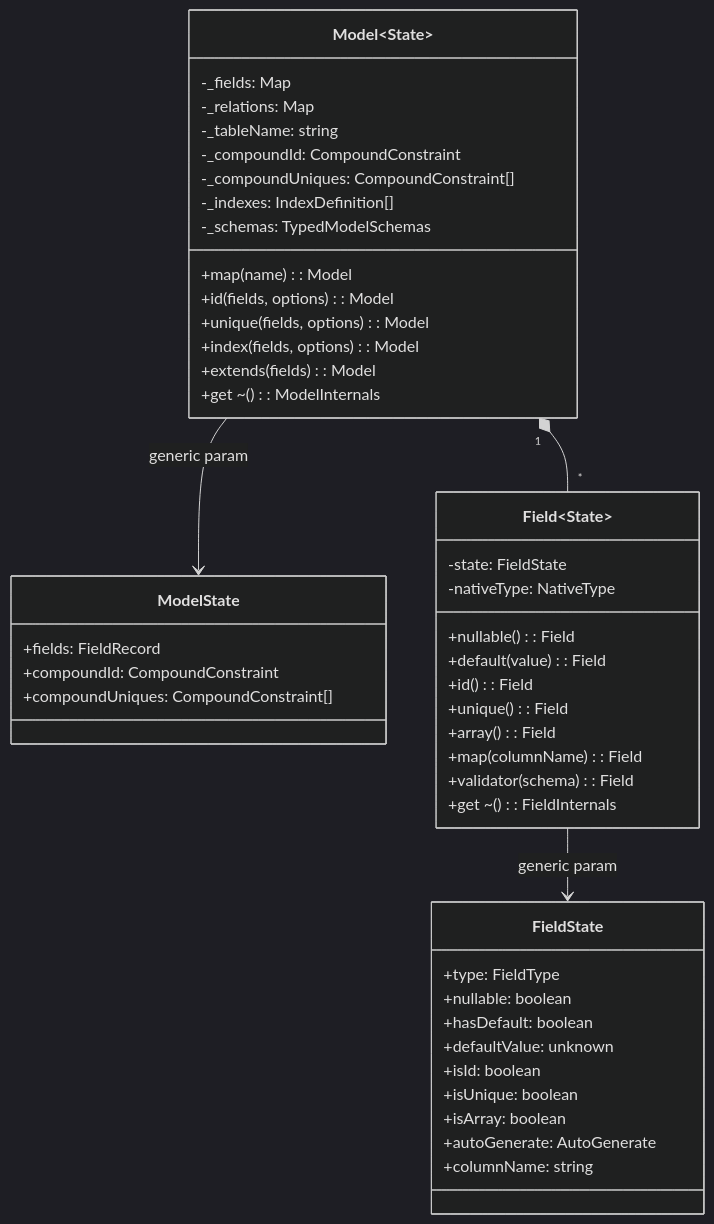
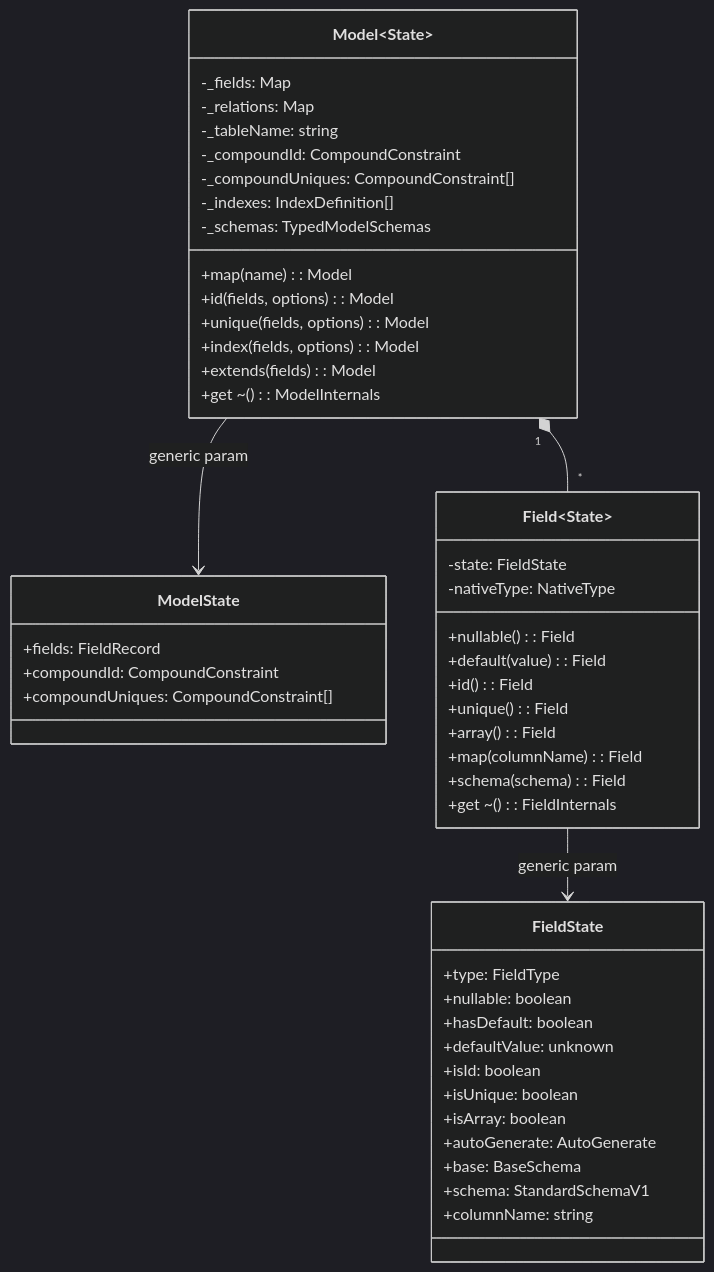
Before and after one commit to beynar/viborm: the first of 6 diagrams in docs/content/docs/internals/schema-system.mdx, drawn with Mermaid (dark theme). The commit also changed other lines of this file and 38 other files, not shown here.

````diff
--- a/docs/content/docs/internals/schema-system.mdx
+++ b/docs/content/docs/internals/schema-system.mdx
@@ -13,53 +13,55 @@
 ```mermaid
 classDiagram
     class Model~State~ {
         -_fields: Map
         -_relations: Map
         -_tableName: string
         -_compoundId: CompoundConstraint
         -_compoundUniques: CompoundConstraint[]
         -_indexes: IndexDefinition[]
         -_schemas: TypedModelSchemas
         +map(name): Model
         +id(fields, options): Model
         +unique(fields, options): Model
         +index(fields, options): Model
         +extends(fields): Model
         +get ~(): ModelInternals
     }
 
     class ModelState {
         +fields: FieldRecord
         +compoundId: CompoundConstraint
         +compoundUniques: CompoundConstraint[]
     }
 
     class Field~State~ {
         -state: FieldState
         -nativeType: NativeType
         +nullable(): Field
         +default(value): Field
         +id(): Field
         +unique(): Field
         +array(): Field
         +map(columnName): Field
-        +validator(schema): Field
+        +schema(schema): Field
         +get ~(): FieldInternals
     }
 
     class FieldState {
         +type: FieldType
         +nullable: boolean
         +hasDefault: boolean
         +defaultValue: unknown
         +isId: boolean
         +isUnique: boolean
         +isArray: boolean
         +autoGenerate: AutoGenerate
+        +base: BaseSchema
+        +schema: StandardSchemaV1
         +columnName: string
     }
 
     Model --> ModelState : generic param
     Field --> FieldState : generic param
     Model "1" *-- "*" Field
 ```
````
